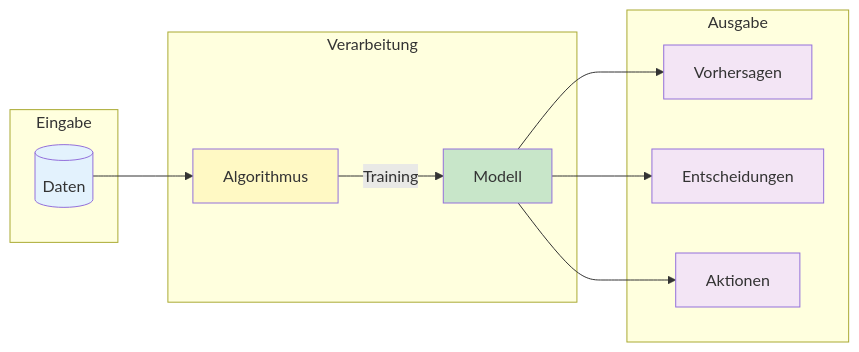
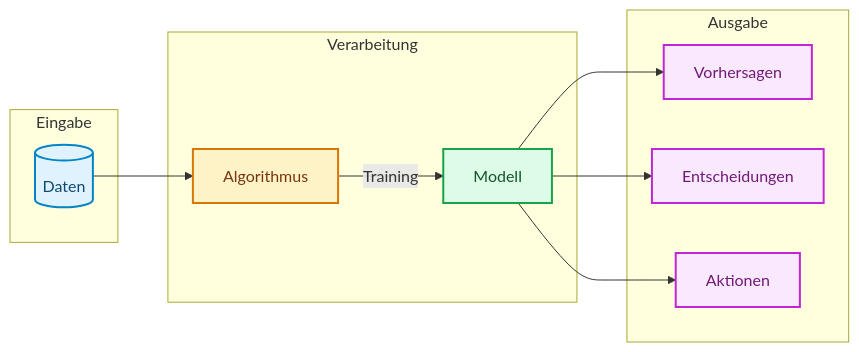
Before and after one commit to ralf-42/ML_Intro: the second of 14 diagrams in docs/concepts/grundlagen/machine_learning_grundlagen.md, drawn with Mermaid. The commit also changed other lines of this file and 67 other files, not shown here.

````diff
--- a/docs/concepts/grundlagen/machine_learning_grundlagen.md
+++ b/docs/concepts/grundlagen/machine_learning_grundlagen.md
@@ -63,30 +63,31 @@
 ```mermaid
 flowchart LR
     subgraph input["Eingabe"]
         D[("Daten")]
     end
     
     subgraph process["Verarbeitung"]
         A["Algorithmus"]
         M["Modell"]
         D --> A
         A --> |"Training"| M
     end
     
     subgraph output["Ausgabe"]
         P["Vorhersagen"]
         E["Entscheidungen"]
         K["Aktionen"]
     end
     
     M --> P
     M --> E
     M --> K
-    
-    style D fill:#e3f2fd
-    style A fill:#fff9c4
-    style M fill:#c8e6c9
-    style P fill:#f3e5f5
-    style E fill:#f3e5f5
-    style K fill:#f3e5f5
+
+    classDef default fill:#e0f2fe,stroke:#0284c7,stroke-width:2px,color:#0c4a6e;
+    classDef metric fill:#fef3c7,stroke:#d97706,stroke-width:2px,color:#78350f;
+    classDef output fill:#dcfce7,stroke:#16a34a,stroke-width:2px,color:#14532d;
+    classDef target fill:#fae8ff,stroke:#c026d3,stroke-width:2px,color:#701a75;
+    class A metric;
+    class M output;
+    class P,E,K target;
 ```
````
